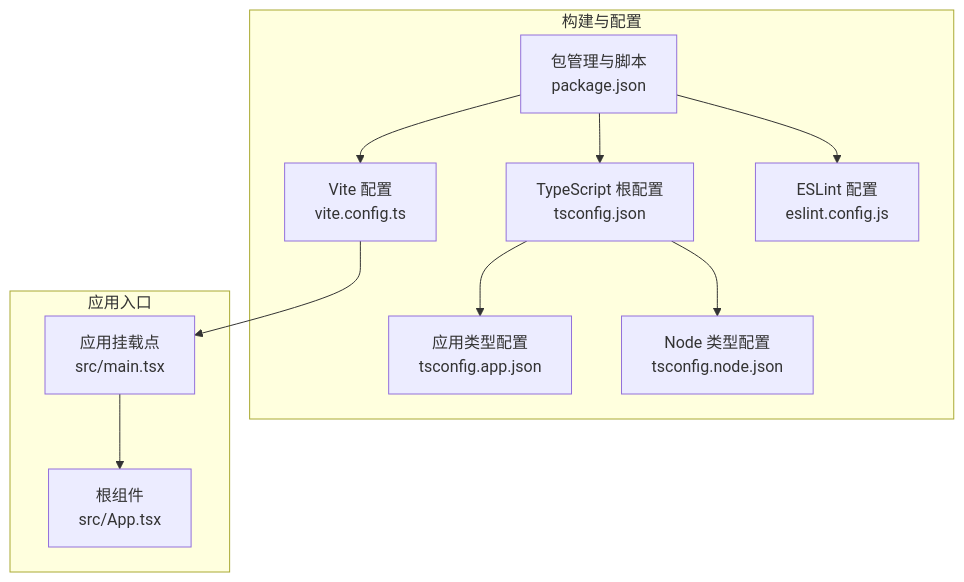
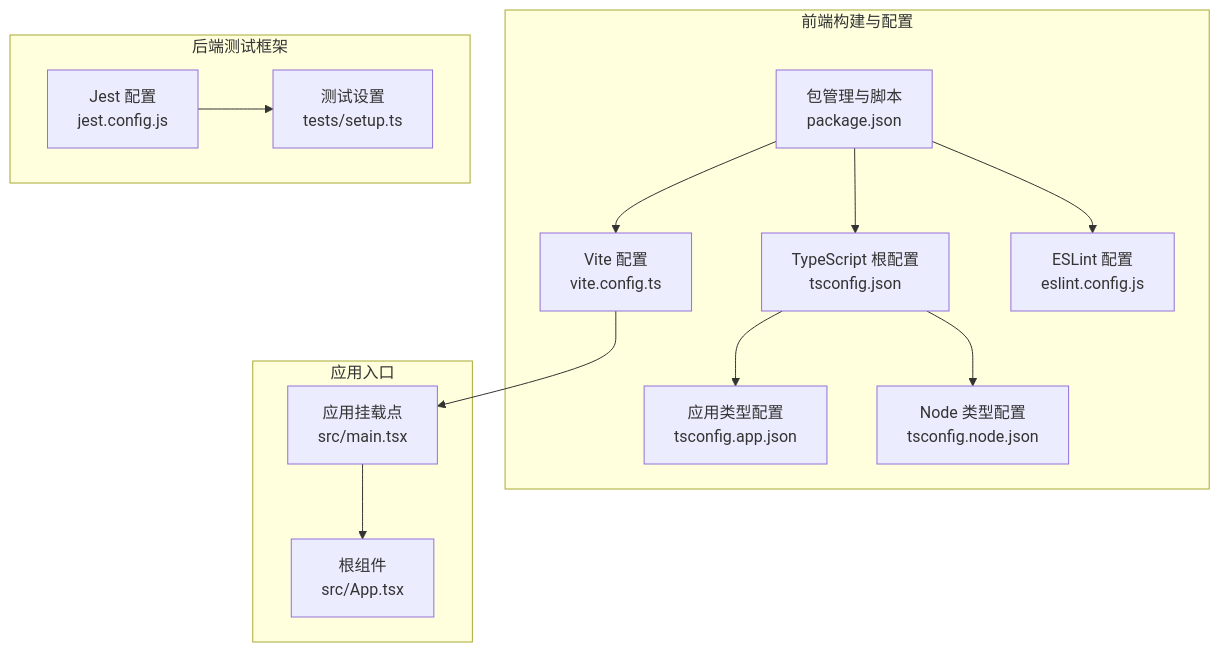
One commit to xianjianshenqu/SalesFlow-CRM changed the first of 5 diagrams in .qoder/repowiki/zh/content/开发指南/测试与调试.md. Above: the diagram before and after it, drawn with Mermaid. The commit also changed other lines of this file and 7 other files, not shown here.

````diff
--- a/.qoder/repowiki/zh/content/开发指南/测试与调试.md
+++ b/.qoder/repowiki/zh/content/开发指南/测试与调试.md
@@ -34,22 +57,27 @@
 ```mermaid
 graph TB
-subgraph "构建与配置"
+subgraph "前端构建与配置"
 Vite["Vite 配置<br/>vite.config.ts"]
 TSRoot["TypeScript 根配置<br/>tsconfig.json"]
 TSApp["应用类型配置<br/>tsconfig.app.json"]
 TSNode["Node 类型配置<br/>tsconfig.node.json"]
 ESL["ESLint 配置<br/>eslint.config.js"]
 PKG["包管理与脚本<br/>package.json"]
+end
+subgraph "后端测试框架"
+Jest["Jest 配置<br/>jest.config.js"]
+Setup["测试设置<br/>tests/setup.ts"]
 end
 subgraph "应用入口"
 Main["应用挂载点<br/>src/main.tsx"]
 App["根组件<br/>src/App.tsx"]
 end
 PKG --> Vite
 PKG --> ESL
 PKG --> TSRoot
 TSRoot --> TSApp
 TSRoot --> TSNode
 Vite --> Main
 Main --> App
+Jest --> Setup
 ```
````
